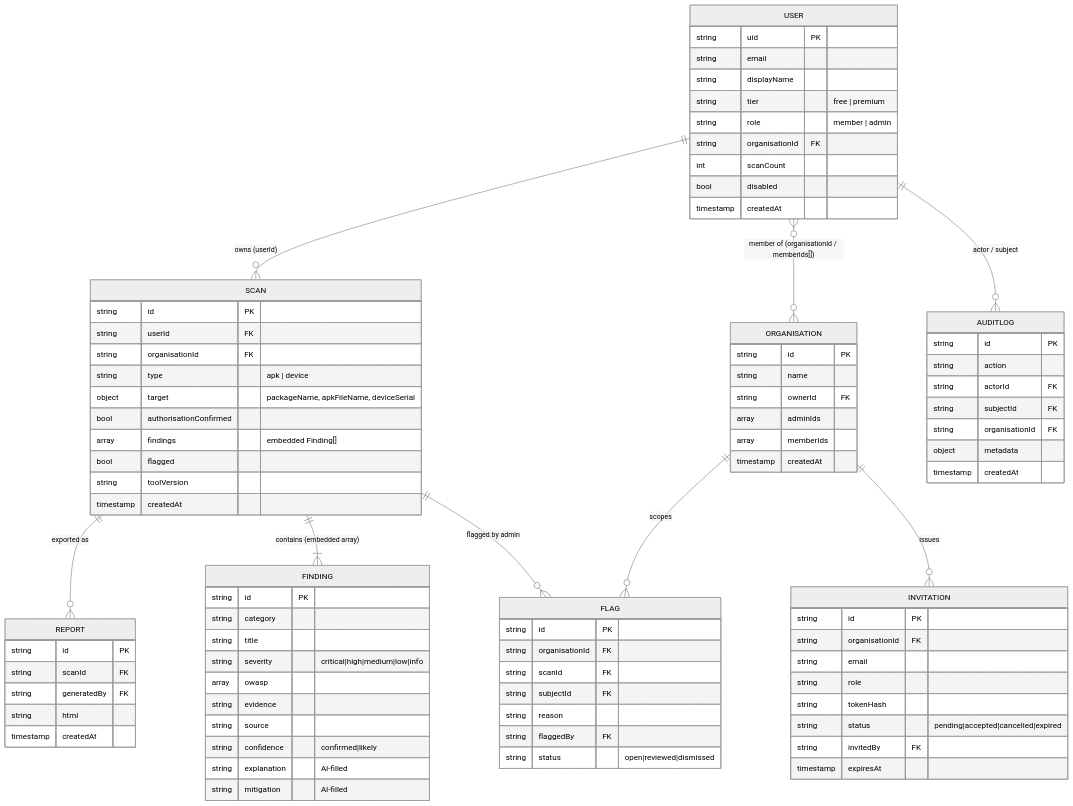
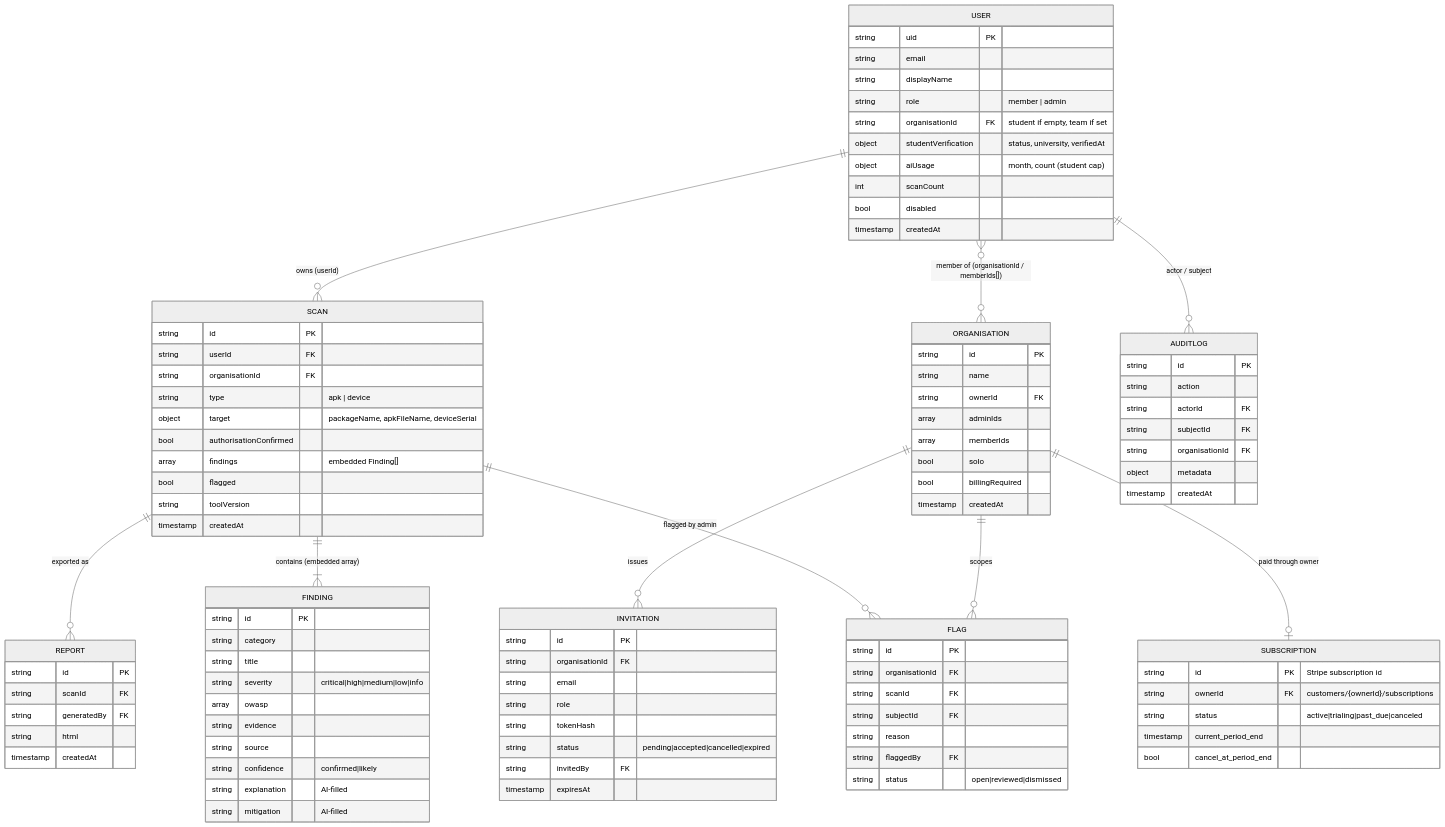
One commit to FYP-UOW-2026/Final_Year_Project changed the fourth of 10 diagrams in backend/docs/TDM-technical-design-manual.md. Above: the diagram before and after it, drawn with Mermaid (neutral theme). The commit also changed other lines of this file and 9 other files, not shown here.

```diff
--- a/backend/docs/TDM-technical-design-manual.md
+++ b/backend/docs/TDM-technical-design-manual.md
@@ -144,6 +155,7 @@
     USER }o--o{ ORGANISATION : "member of (organisationId / memberIds[])"
     USER ||--o{ AUDITLOG : "actor / subject"
     ORGANISATION ||--o{ INVITATION : "issues"
+    ORGANISATION ||--o| SUBSCRIPTION : "paid through owner"
     ORGANISATION ||--o{ FLAG : "scopes"
     SCAN ||--o{ REPORT : "exported as"
     SCAN ||--o{ FLAG : "flagged by admin"
@@ -153,9 +165,10 @@
         string uid PK
         string email
         string displayName
-        string tier "free | premium"
         string role "member | admin"
-        string organisationId FK
+        string organisationId FK "student if empty, team if set"
+        object studentVerification "status, university, verifiedAt"
+        object aiUsage "month, count (student cap)"
         int scanCount
         bool disabled
         timestamp createdAt
@@ -167,7 +180,17 @@
         string ownerId FK
         array adminIds
         array memberIds
+        bool solo
+        bool billingRequired
         timestamp createdAt
+    }
+
+    SUBSCRIPTION {
+        string id PK "Stripe subscription id"
+        string ownerId FK "customers/{ownerId}/subscriptions"
+        string status "active|trialing|past_due|canceled"
+        timestamp current_period_end
+        bool cancel_at_period_end
     }
 
     INVITATION {
```
